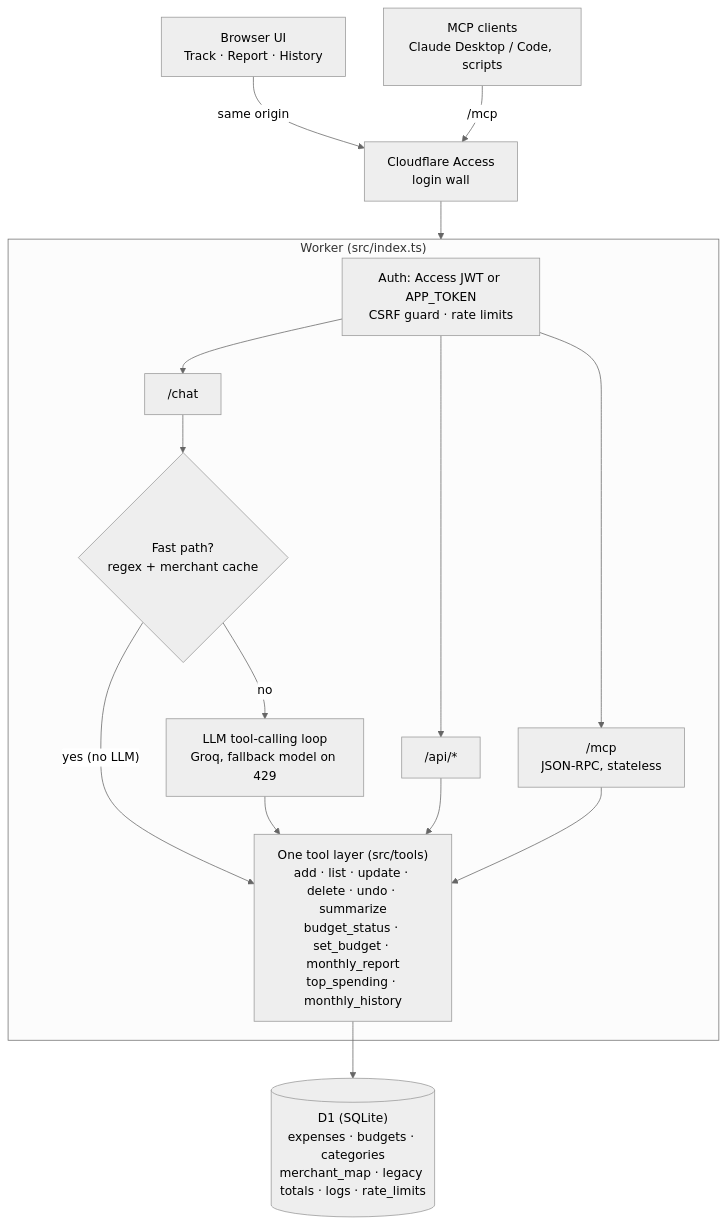
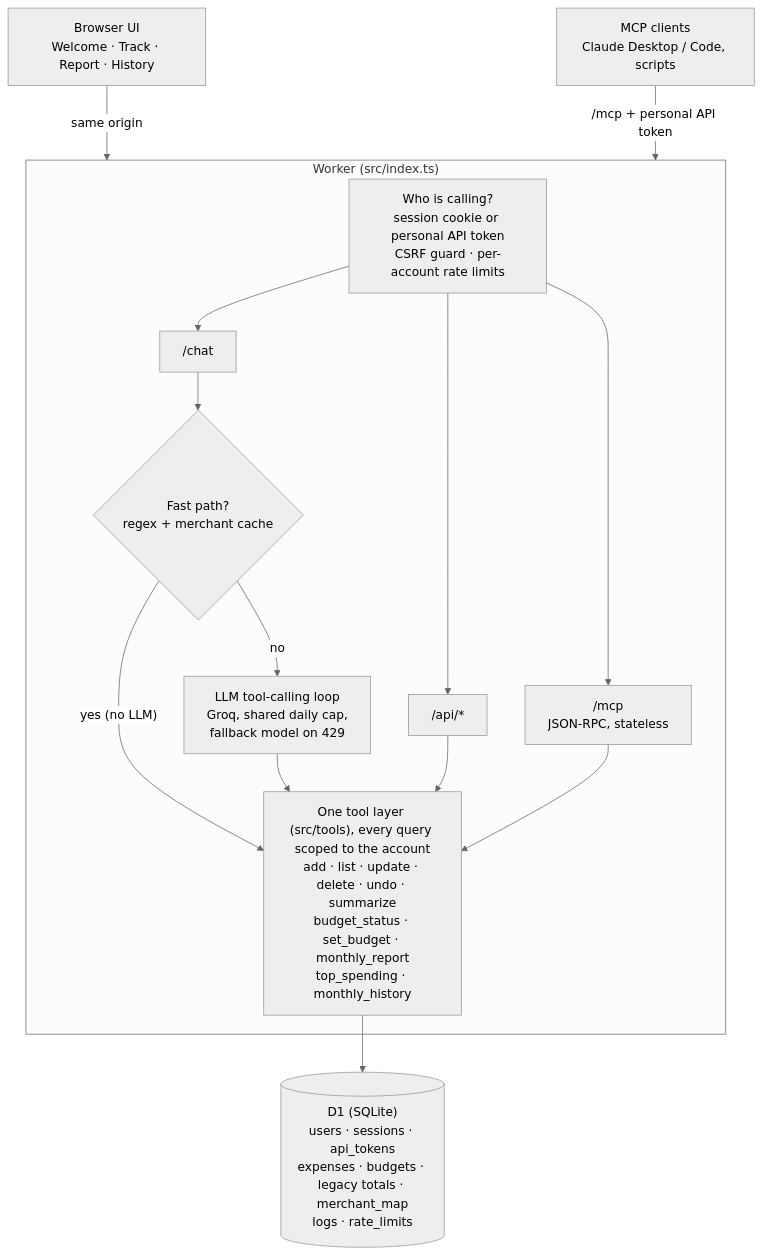
The diagram in README.md (Yehia3A/expense-agent), drawn with Mermaid (neutral theme) before and after one commit. The commit also changed other lines of this file and 58 other files, not shown here.

````diff
--- a/README.md
+++ b/README.md
@@ -9,20 +9,19 @@
 ```mermaid
 flowchart TD
-  B["Browser UI<br/>Track · Report · History"] -->|same origin| A
-  M["MCP clients<br/>Claude Desktop / Code, scripts"] -->|"/mcp"| A
-  A["Cloudflare Access<br/>login wall"] --> W
+  B["Browser UI<br/>Welcome · Track · Report · History"] -->|same origin| W
+  M["MCP clients<br/>Claude Desktop / Code, scripts"] -->|"/mcp + personal API token"| W
   subgraph W["Worker (src/index.ts)"]
-    G["Auth: Access JWT or APP_TOKEN<br/>CSRF guard · rate limits"]
+    G["Who is calling?<br/>session cookie or personal API token<br/>CSRF guard · per-account rate limits"]
     G --> C["/chat"]
     G --> P["/api/*"]
     G --> X["/mcp<br/>JSON-RPC, stateless"]
     C --> F{"Fast path?<br/>regex + merchant cache"}
     F -->|"yes (no LLM)"| T
-    F -->|no| L["LLM tool-calling loop<br/>Groq, fallback model on 429"]
+    F -->|no| L["LLM tool-calling loop<br/>Groq, shared daily cap,<br/>fallback model on 429"]
     L --> T
     P --> T
     X --> T
-    T["One tool layer (src/tools)<br/>add · list · update · delete · undo · summarize<br/>budget_status · set_budget · monthly_report<br/>top_spending · monthly_history"]
+    T["One tool layer (src/tools), every query scoped to the account<br/>add · list · update · delete · undo · summarize<br/>budget_status · set_budget · monthly_report<br/>top_spending · monthly_history"]
   end
-  T --> D[("D1 (SQLite)<br/>expenses · budgets · categories<br/>merchant_map · legacy totals · logs · rate_limits")]
+  T --> D[("D1 (SQLite)<br/>users · sessions · api_tokens<br/>expenses · budgets · legacy totals · merchant_map<br/>logs · rate_limits")]
 ```
````
